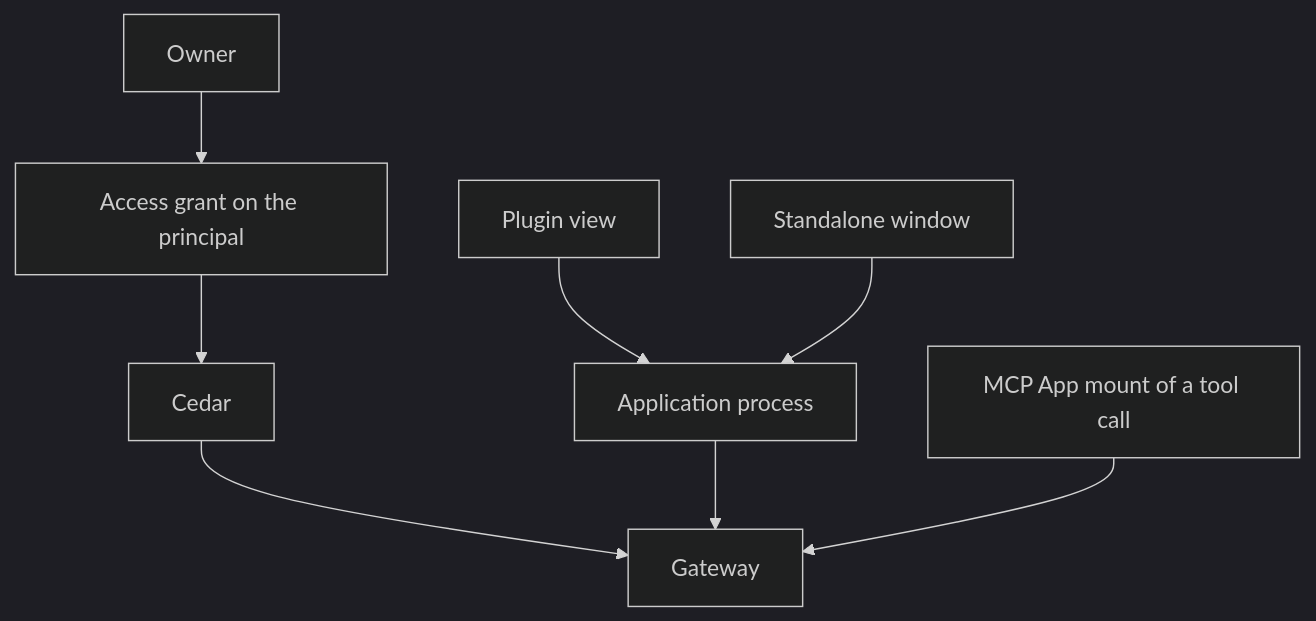
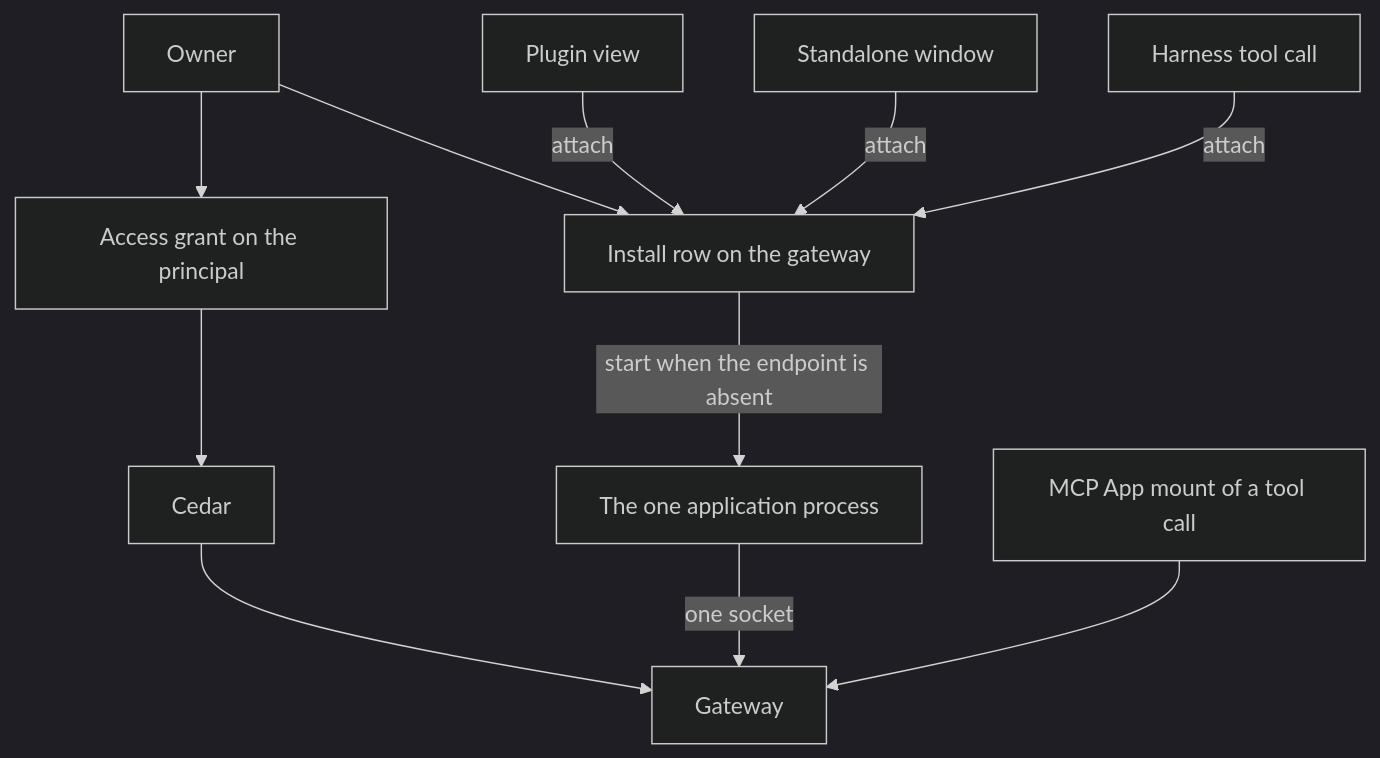
One commit to nessalabs/nessa-agent changed the second of 3 diagrams in docs/design/application-framework.md. Above: the diagram before and after it, drawn with Mermaid (dark theme). The commit also changed other lines of this file, not shown here.

First line of the commit message:
Make the gateway the only starter for an application package.

````diff
--- a/docs/design/application-framework.md
+++ b/docs/design/application-framework.md
@@ -174,18 +174,23 @@
 ```mermaid
 flowchart TD
   owner[Owner]
   grant[Access grant on the principal]
   cedar[Cedar]
-  process[Application process]
+  row[Install row on the gateway]
+  process[The one application process]
   plugin[Plugin view]
   standalone[Standalone window]
+  harness[Harness tool call]
   mount[MCP App mount of a tool call]
   gateway[Gateway]
   owner --> grant
   grant --> cedar
   cedar --> gateway
-  process --> gateway
-  plugin --> process
-  standalone --> process
+  owner --> row
+  row -->|start when the endpoint is absent| process
+  plugin -->|attach| row
+  standalone -->|attach| row
+  harness -->|attach| row
+  process -->|one socket| gateway
   mount --> gateway
 ```
````
